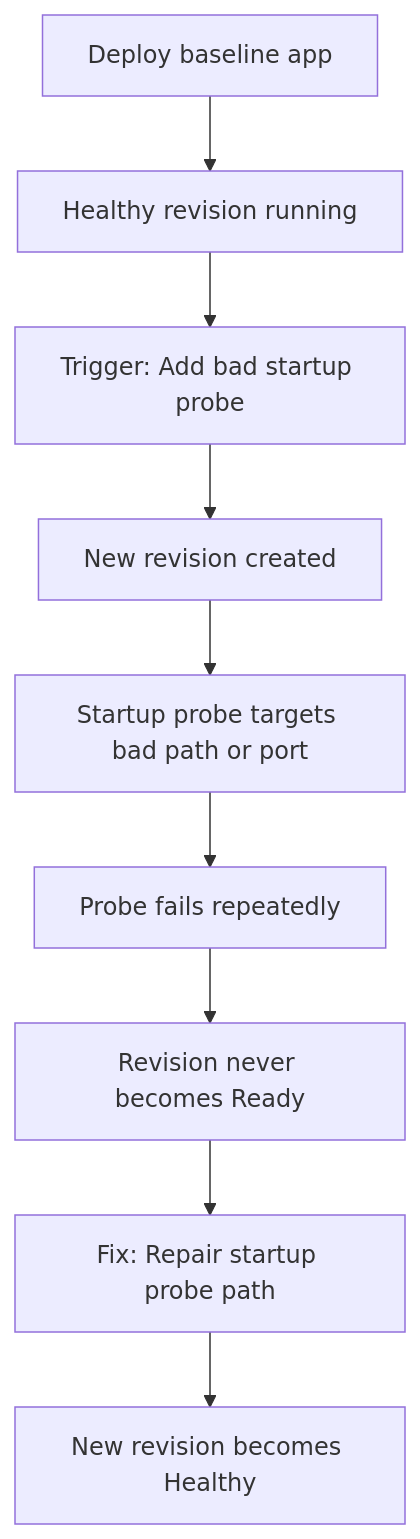
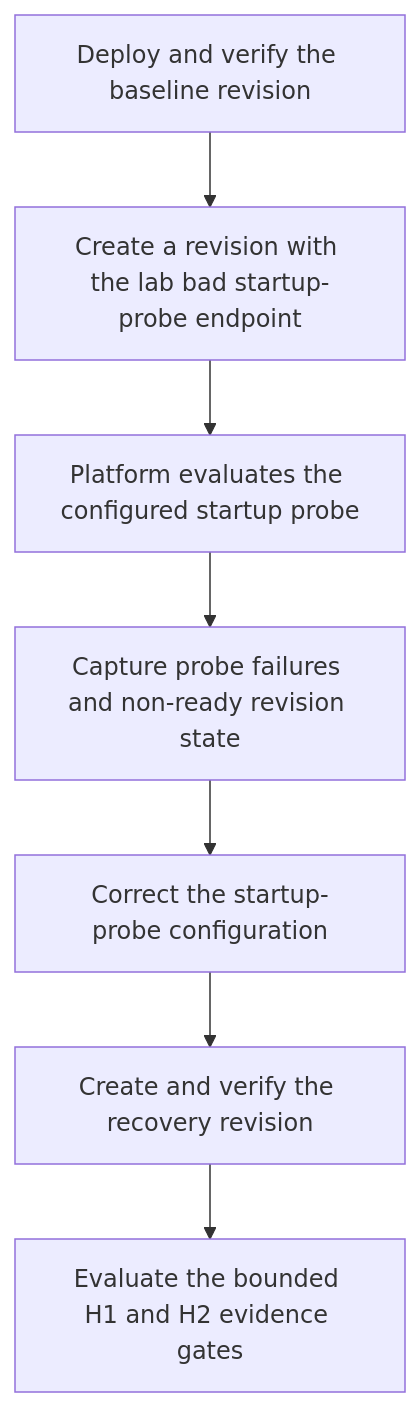
One commit to yeongseon/azure-container-apps-practical-guide changed the diagram in docs/troubleshooting/lab-guides/revision-provisioning-failure.md. Above: the diagram before and after it, drawn with Mermaid. The commit also changed other lines of this file and 23 other files, not shown here.

Commit message:
docs(diagrams): migrate the first lab-guide diagram batch (#625)

````diff
--- a/docs/troubleshooting/lab-guides/revision-provisioning-failure.md
+++ b/docs/troubleshooting/lab-guides/revision-provisioning-failure.md
@@ -42,11 +42,9 @@
 ```mermaid
 flowchart TD
-    A[Deploy baseline app] --> B[Healthy revision running]
-    B --> C[Trigger: Add bad startup probe]
-    C --> D[New revision created]
-    D --> E[Startup probe targets bad path or port]
-    E --> F[Probe fails repeatedly]
-    F --> G[Revision never becomes Ready]
-    G --> H[Fix: Repair startup probe path]
-    H --> I[New revision becomes Healthy]
+    BASE[Deploy and verify the baseline revision] --> BAD[Create a revision with the lab bad startup-probe endpoint]
+    BAD --> PROBES[Platform evaluates the configured startup probe]
+    PROBES --> FAILURE[Capture probe failures and non-ready revision state]
+    FAILURE --> FIX[Correct the startup-probe configuration]
+    FIX --> RECOVERY[Create and verify the recovery revision]
+    RECOVERY --> GATES[Evaluate the bounded H1 and H2 evidence gates]
 ```
````
